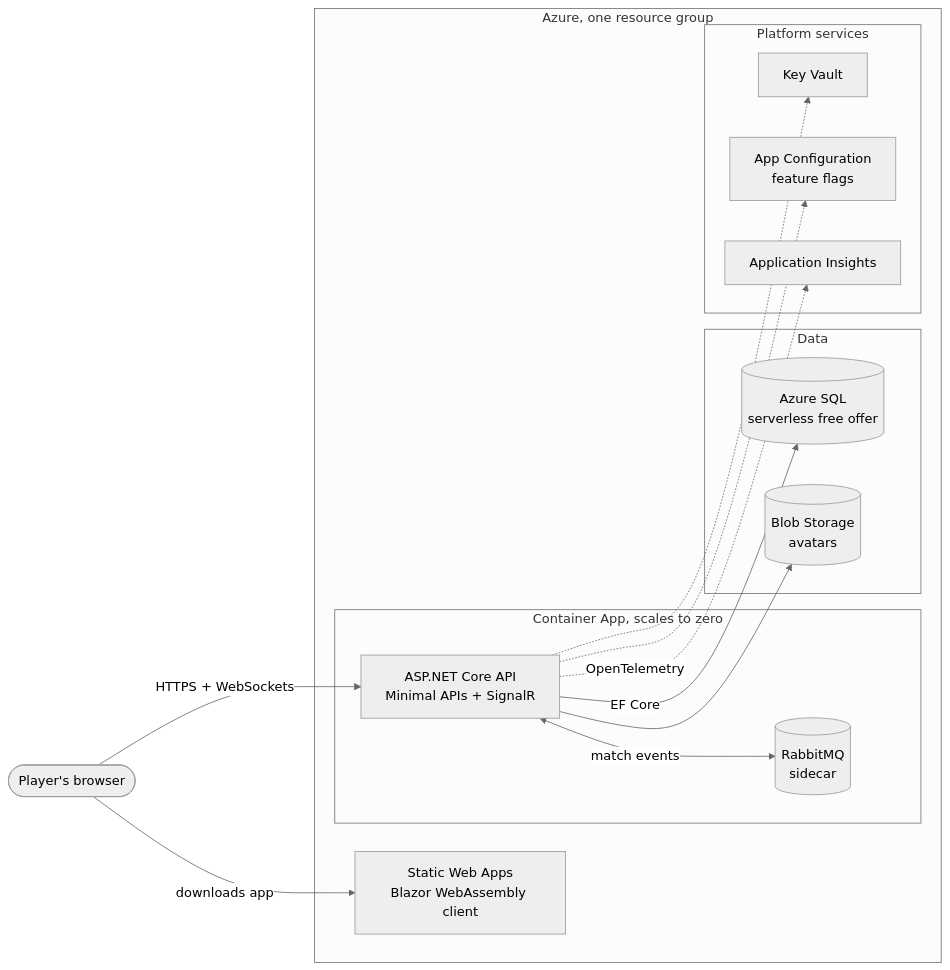
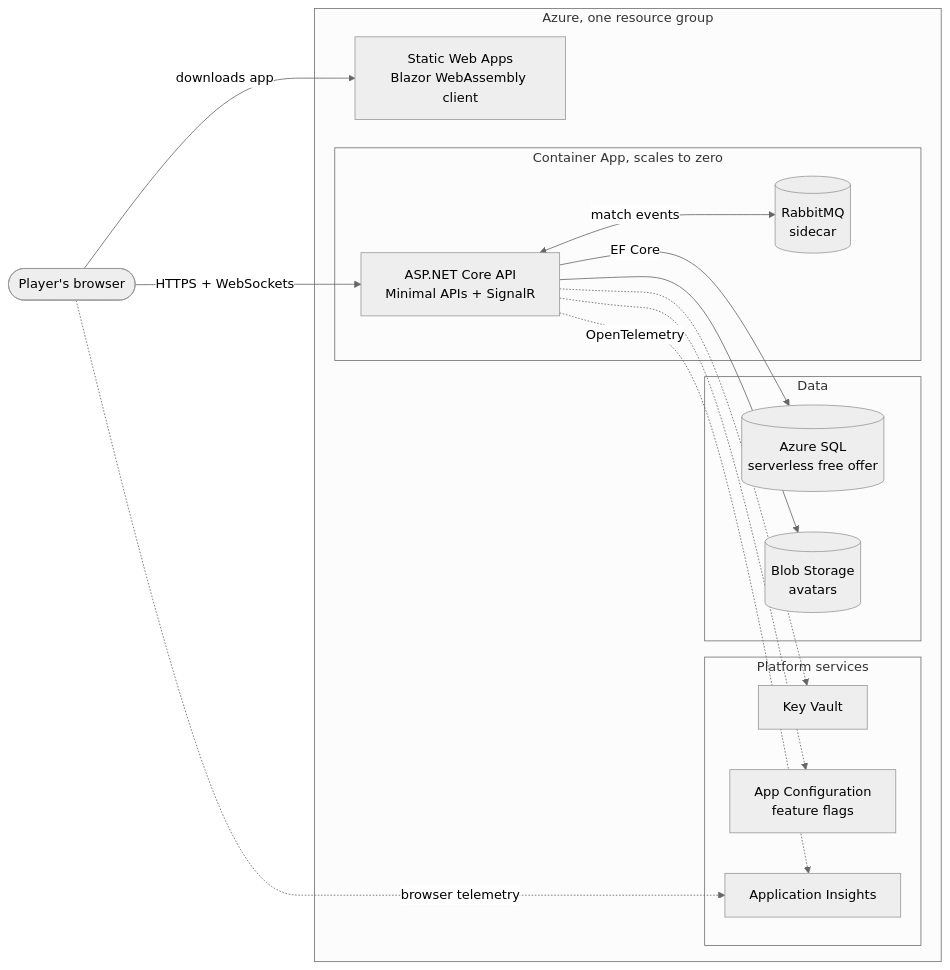
The diagram in ReadMe.md (scox115/gameappportfolio), drawn with Mermaid (neutral theme) before and after one commit. The commit also changed other lines of this file and 23 other files, not shown here.

First line of the commit message:
Send browser telemetry to Application Insights: screens, load times, API calls and crashes

````diff
--- a/ReadMe.md
+++ b/ReadMe.md
@@ -46,30 +46,31 @@
 ```mermaid
 flowchart LR
     player([Player's browser])
 
     subgraph azure[Azure, one resource group]
         swa[Static Web Apps<br/>Blazor WebAssembly client]
         subgraph aca[Container App, scales to zero]
             api[ASP.NET Core API<br/>Minimal APIs + SignalR]
             mq[(RabbitMQ<br/>sidecar)]
         end
         subgraph data[Data]
             sql[(Azure SQL<br/>serverless free offer)]
             blob[(Blob Storage<br/>avatars)]
         end
         subgraph platform[Platform services]
             kv[Key Vault]
             appcfg[App Configuration<br/>feature flags]
             ai[Application Insights]
         end
     end
 
     player -- downloads app --> swa
     player -- HTTPS + WebSockets --> api
     api <-->|match events| mq
     api -- EF Core --> sql
     api --> blob
     api -.-> kv
     api -.-> appcfg
     api -. OpenTelemetry .-> ai
+    player -. browser telemetry .-> ai
 ```
````
